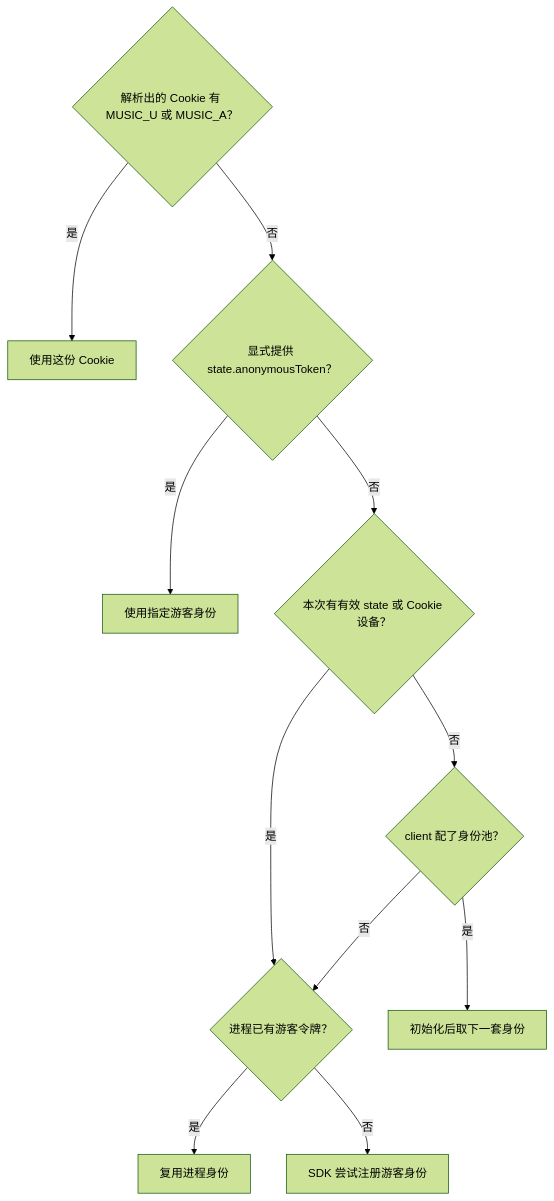
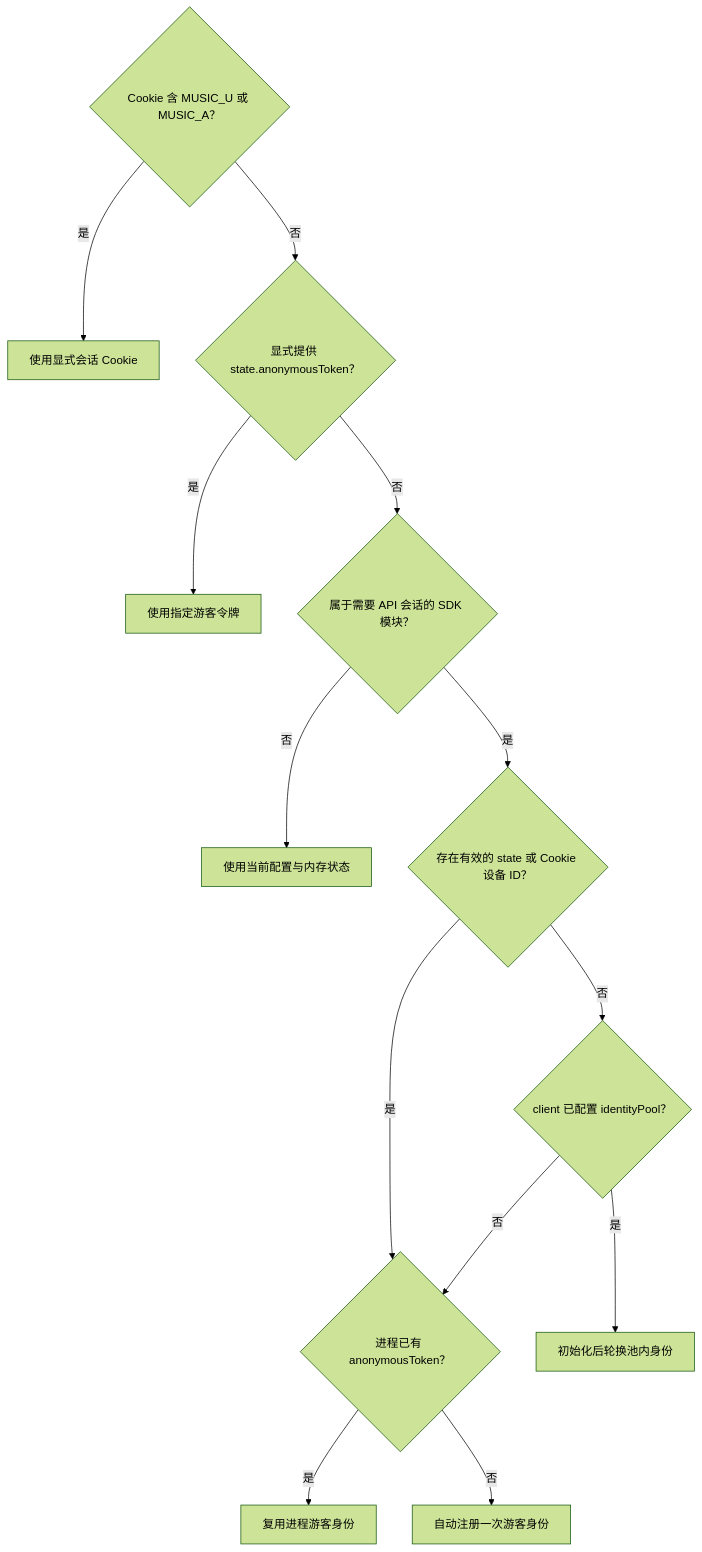
Before and after one commit to nonhana/hana-music-api: the diagram in website/guide/runtime-identity.md, drawn with Mermaid (forest theme). The commit also changed other lines of this file and 399 other files, not shown here.

````diff
--- a/website/guide/runtime-identity.md
+++ b/website/guide/runtime-identity.md
@@ -23,13 +25,15 @@
 ```mermaid
 flowchart TD
-  COOKIE{"解析出的 Cookie 有 MUSIC_U 或 MUSIC_A？"} -->|是| EXPLICIT["使用这份 Cookie"]
+  COOKIE{"Cookie 含 MUSIC_U 或 MUSIC_A？"} -->|是| EXPLICIT["使用显式会话 Cookie"]
   COOKIE -->|否| STATE{"显式提供 state.anonymousToken？"}
-  STATE -->|是| TOKEN["使用指定游客身份"]
-  STATE -->|否| DEVICE{"本次有有效 state 或 Cookie 设备？"}
-  DEVICE -->|是| RUNTIME
-  DEVICE -->|否| POOL{"client 配了身份池？"}
-  POOL -->|是| NEXT["初始化后取下一套身份"]
-  POOL -->|否| RUNTIME{"进程已有游客令牌？"}
-  RUNTIME -->|是| REUSE["复用进程身份"]
-  RUNTIME -->|否| REGISTER["SDK 尝试注册游客身份"]
+  STATE -->|是| TOKEN["使用指定游客令牌"]
+  STATE -->|否| NEED{"属于需要 API 会话的 SDK 模块？"}
+  NEED -->|否| PLAIN["使用当前配置与内存状态"]
+  NEED -->|是| DEVICE{"存在有效的 state 或 Cookie 设备 ID？"}
+  DEVICE -->|是| RUNTIME{"进程已有 anonymousToken？"}
+  DEVICE -->|否| POOL{"client 已配置 identityPool？"}
+  POOL -->|是| NEXT["初始化后轮换池内身份"]
+  POOL -->|否| RUNTIME
+  RUNTIME -->|是| REUSE["复用进程游客身份"]
+  RUNTIME -->|否| REGISTER["自动注册一次游客身份"]
 ```
````
